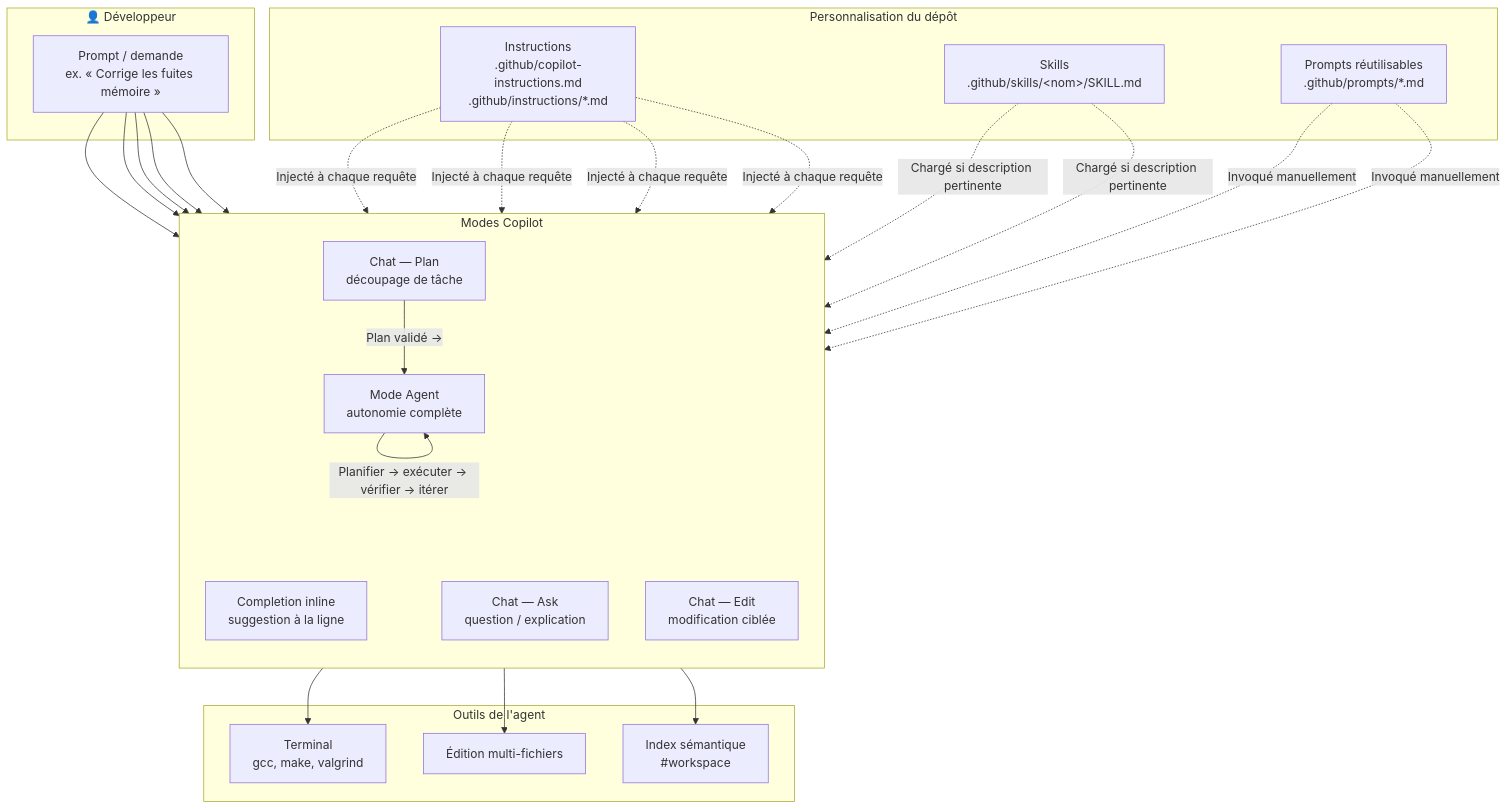
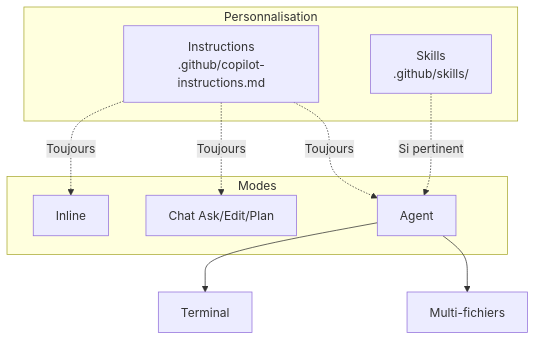
The second of 2 diagrams in Cours.md (RDFormations/GH_Copilot_C), drawn with Mermaid before and after one commit. The commit also changed other lines of this file and 11 other files, not shown here.

First line of the commit message:
fix: module 4 order (Instructions → Skills → Agent)

````diff
--- a/Cours.md
+++ b/Cours.md
@@ -721,51 +695,18 @@
 ```mermaid
 flowchart TB
- subgraph Dev["👤 Développeur"]
- Q["Prompt / demande<br/>ex. « Corrige les fuites mémoire »"]
+ subgraph Perso["Personnalisation"]
+ Inst["Instructions<br/>.github/copilot-instructions.md"]
+ Skill["Skills<br/>.github/skills/"]
  end
-
- subgraph Modes["Modes Copilot"]
- direction TB
- Inline["Completion inline<br/>suggestion à la ligne"]
- Ask["Chat — Ask<br/>question / explication"]
- Edit["Chat — Edit<br/>modification ciblée"]
- Plan["Chat — Plan<br/>découpage de tâche"]
- Agent["Mode Agent<br/>autonomie complète"]
+ subgraph Modes["Modes"]
+ Inline["Inline"]
+ Chat["Chat Ask/Edit/Plan"]
+ Agent["Agent"]
  end
-
- subgraph Perso["Personnalisation du dépôt"]
- Inst["Instructions<br/>.github/copilot-instructions.md<br/>.github/instructions/*.md"]
- Skill["Skills<br/>.github/skills/&lt;nom&gt;/SKILL.md"]
- PromptF["Prompts réutilisables<br/>.github/prompts/*.md"]
- end
-
- subgraph Outils["Outils de l'agent"]
- Term["Terminal<br/>gcc, make, valgrind"]
- Files["Édition multi-fichiers"]
- Search["Index sémantique<br/>#workspace"]
- end
-
- Q --> Inline
- Q --> Ask
- Q --> Edit
- Q --> Plan
- Q --> Agent
-
- Inst -.->|"Injecté à chaque requête"| Inline
- Inst -.->|"Injecté à chaque requête"| Ask
- Inst -.->|"Injecté à chaque requête"| Edit
- Inst -.->|"Injecté à chaque requête"| Agent
-
- Skill -.->|"Chargé si description pertinente"| Agent
- Skill -.->|"Chargé si description pertinente"| Ask
-
- PromptF -.->|"Invoqué manuellement"| Agent
- PromptF -.->|"Invoqué manuellement"| Ask
-
- Agent --> Term
- Agent --> Files
- Agent --> Search
- Agent -->|"Planifier → exécuter → vérifier → itérer"| Agent
-
- Plan -->|"Plan validé →"| Agent
+ Inst -.->|"Toujours"| Inline
+ Inst -.->|"Toujours"| Chat
+ Inst -.->|"Toujours"| Agent
+ Skill -.->|"Si pertinent"| Agent
+ Agent --> Term["Terminal"]
+ Agent --> Files["Multi-fichiers"]
 ```
````
